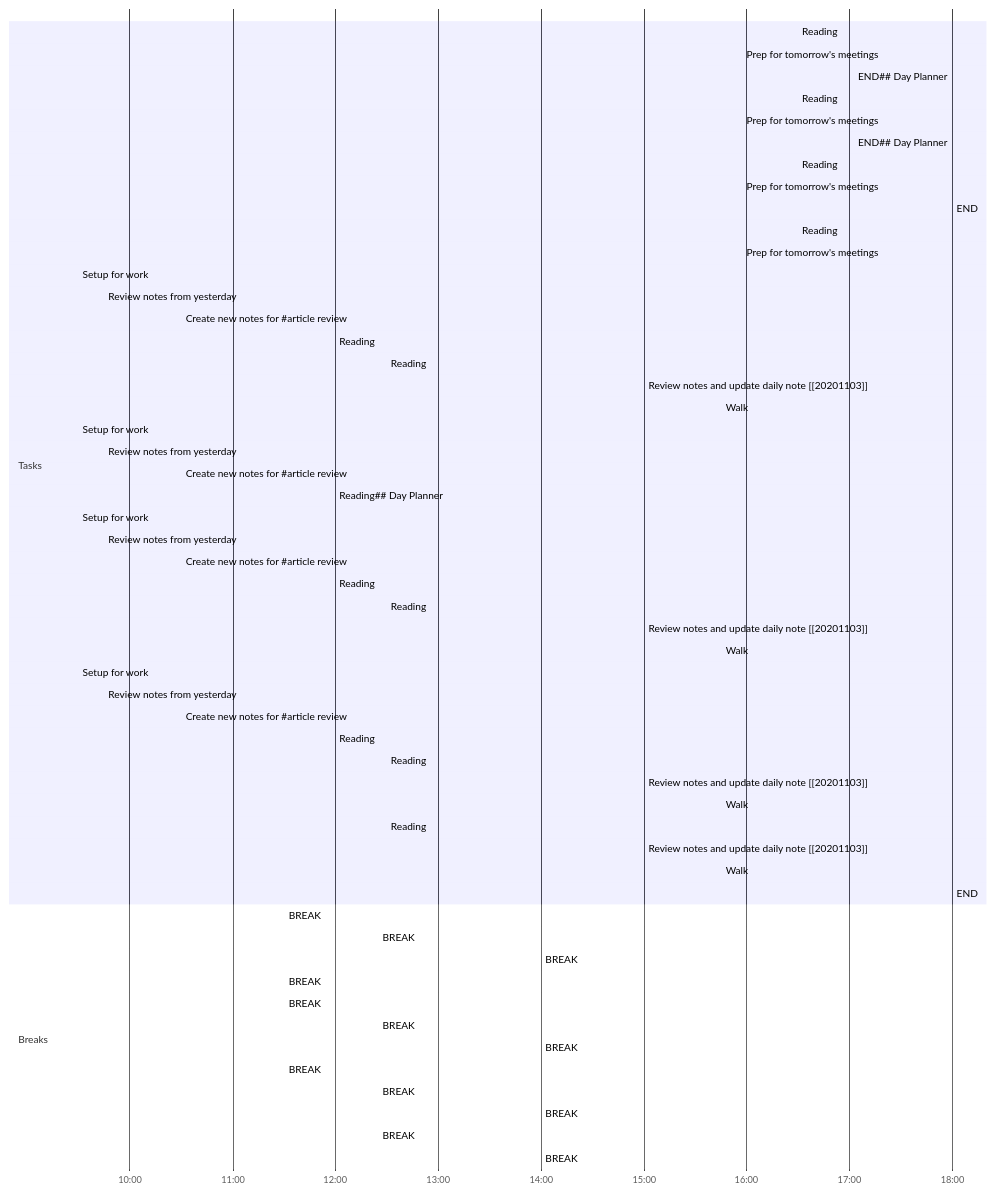
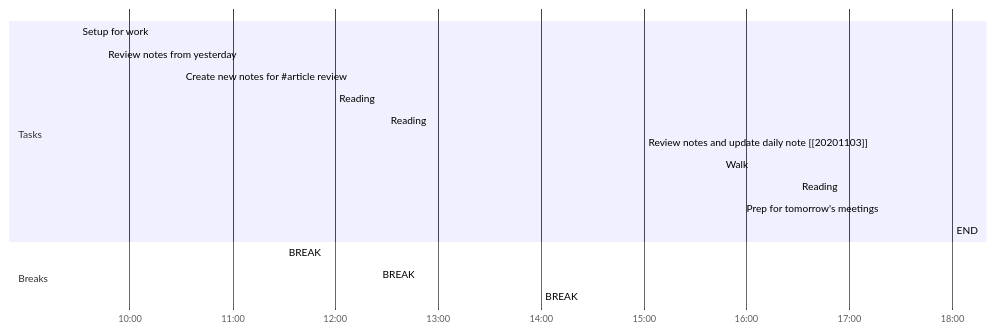
One commit to iT-Boyer/Obsidian changed the diagram in Journal/Day Planners/Day Planner-20210203.md. Above: the diagram before and after it, drawn with Mermaid. The commit also changed other lines of this file and 3 other files, not shown here.

````diff
--- a/Journal/Day Planners/Day Planner-20210203.md
+++ b/Journal/Day Planners/Day Planner-20210203.md
@@ -2,60 +2,21 @@
 ```mermaid
 gantt
     dateFormat  HH-mm
     axisFormat %H:%M
-    %% Current Time: 下午4:57:16
+    %% Current Time: 下午6:16:09
     section Tasks
-    Reading     :16-30, 50mm
-    Prep for tomorrow's meetings     :17-20, 40mm
-    END#35;# Day Planner     :18-00, -90mm
-    Reading     :16-30, 50mm
-    Prep for tomorrow's meetings     :17-20, 40mm
-    END#35;# Day Planner     :18-00, -90mm
-    Reading     :16-30, 50mm
-    Prep for tomorrow's meetings     :17-20, 40mm
-    END     :18-00, -90mm
-    Reading     :16-30, 50mm
-    Prep for tomorrow's meetings     :17-20, -470mm
     Setup for work     :09-30, 15mm
     Review notes from yesterday     :09-45, 45mm
     Create new notes for #35;article review     :10-30, 60mm
     Reading     :12-00, 25mm
     Reading     :12-30, 90mm
     Review notes and update daily note [[20201103]]     :15-00, 45mm
-    Walk     :15-45, -375mm
-    Setup for work     :09-30, 15mm
-    Review notes from yesterday     :09-45, 45mm
-    Create new notes for #35;article review     :10-30, 60mm
-    Reading#35;# Day Planner     :12-00, -150mm
-    Setup for work     :09-30, 15mm
-    Review notes from yesterday     :09-45, 45mm
-    Create new notes for #35;article review     :10-30, 60mm
-    Reading     :12-00, 25mm
-    Reading     :12-30, 90mm
-    Review notes and update daily note [[20201103]]     :15-00, 45mm
-    Walk     :15-45, -375mm
-    Setup for work     :09-30, 15mm
-    Review notes from yesterday     :09-45, 45mm
-    Create new notes for #35;article review     :10-30, 60mm
-    Reading     :12-00, 25mm
-    Reading     :12-30, 90mm
-    Review notes and update daily note [[20201103]]     :15-00, 45mm
-    Walk     :15-45, -200mm
-    Reading     :12-30, 90mm
-    Review notes and update daily note [[20201103]]     :15-00, 45mm
-    Walk     :15-45, 135mm
+    Walk     :15-45, 45mm
+    Reading     :16-30, 50mm
+    Prep for tomorrow's meetings     :17-20, 40mm
     END     :18-00, 0mm
     section Breaks
     BREAK     :11-30, 30mm
     BREAK     :12-25, 5mm
     BREAK     :14-00, 60mm
-    BREAK     :11-30, 30mm
-    BREAK     :11-30, 30mm
-    BREAK     :12-25, 5mm
-    BREAK     :14-00, 60mm
-    BREAK     :11-30, 30mm
-    BREAK     :12-25, 5mm
-    BREAK     :14-00, 60mm
-    BREAK     :12-25, 5mm
-    BREAK     :14-00, 60mm
 ```
````
